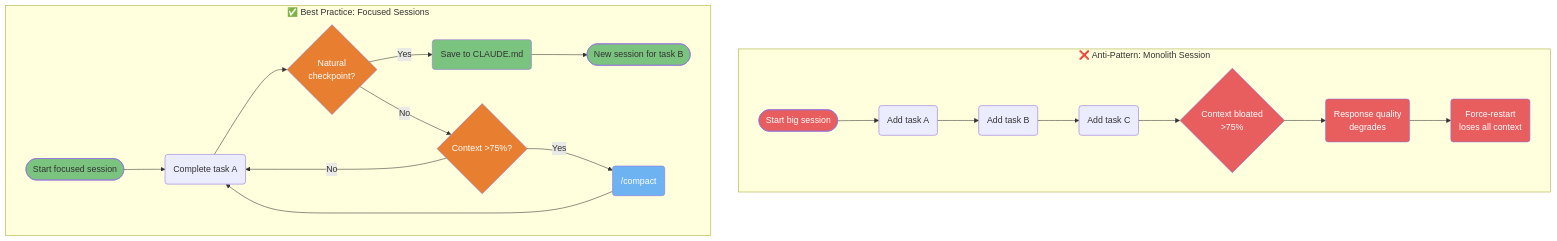
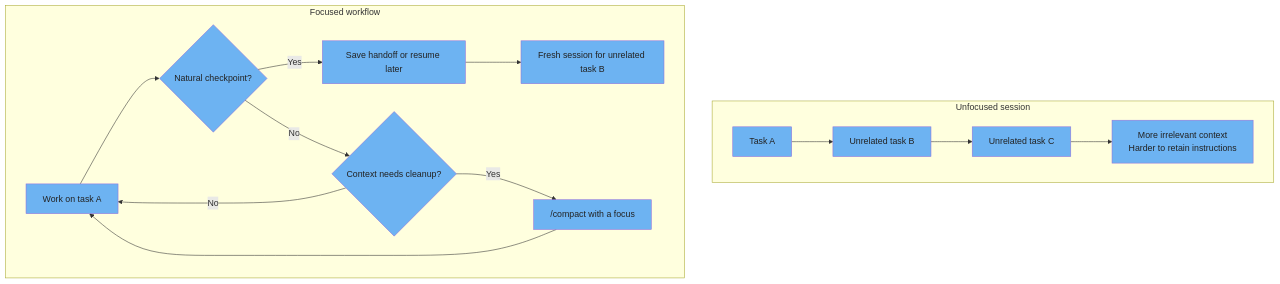
The fourth of 4 diagrams in guide/diagrams/02-context-and-sessions.md (FlorianBruniaux/claude-code-ultimate-guide), drawn with Mermaid before and after one commit. The commit also changed other lines of this file and 17 other files, not shown here.

Commit message:
docs: refresh all diagrams and correct their source guidance

````diff
--- a/guide/diagrams/02-context-and-sessions.md
+++ b/guide/diagrams/02-context-and-sessions.md
@@ -211,47 +161,37 @@
 ```mermaid
 flowchart TD
-    subgraph BAD["❌ Anti-Pattern: Monolith Session"]
-        B1([Start big session]) --> B2(Add task A)
-        B2 --> B3(Add task B)
-        B3 --> B4(Add task C)
-        B4 --> B5{Context bloated<br/>>75%}
-        B5 --> B6(Response quality<br/>degrades)
-        B6 --> B7(Force-restart<br/>loses all context)
-        style B1 fill:#E85D5D,color:#fff
-        style B5 fill:#E85D5D,color:#fff
-        style B6 fill:#E85D5D,color:#fff
-        style B7 fill:#E85D5D,color:#fff
+    subgraph BAD[Unfocused session]
+        B1[Task A] --> B2[Unrelated task B]
+        B2 --> B3[Unrelated task C]
+        B3 --> B4[More irrelevant context<br/>Harder to retain instructions]
     end
-
-    subgraph GOOD["✅ Best Practice: Focused Sessions"]
-        G1([Start focused session]) --> G2(Complete task A)
-        G2 --> G3{Natural<br/>checkpoint?}
-        G3 -->|Yes| G4(Save to CLAUDE.md)
-        G4 --> G5([New session for task B])
-        G3 -->|No| G6{Context >75%?}
-        G6 -->|Yes| G7(/compact)
-        G7 --> G2
-        G6 -->|No| G2
-        style G1 fill:#7BC47F,color:#333
-        style G4 fill:#7BC47F,color:#333
-        style G5 fill:#7BC47F,color:#333
-        style G3 fill:#E87E2F,color:#fff
-        style G6 fill:#E87E2F,color:#fff
-        style G7 fill:#6DB3F2,color:#fff
+    subgraph GOOD[Focused workflow]
+        G1[Work on task A] --> G2{Natural checkpoint?}
+        G2 -->|Yes| G3[Save handoff or resume later]
+        G3 --> G4[Fresh session for unrelated task B]
+        G2 -->|No| G5{Context needs cleanup?}
+        G5 -->|Yes| G6["/compact with a focus"]
+        G6 --> G1
+        G5 -->|No| G1
     end
-
-    click B1 href "https://github.com/FlorianBruniaux/claude-code-ultimate-guide/blob/main/guide/ultimate-guide.md#22-context-management" "Anti-Pattern: Monolith Session"
-    click B2 href "https://github.com/FlorianBruniaux/claude-code-ultimate-guide/blob/main/guide/ultimate-guide.md#22-context-management" "Add task A"
-    click B3 href "https://github.com/FlorianBruniaux/claude-code-ultimate-guide/blob/main/guide/ultimate-guide.md#22-context-management" "Add task B"
-    click B4 href "https://github.com/FlorianBruniaux/claude-code-ultimate-guide/blob/main/guide/ultimate-guide.md#22-context-management" "Add task C"
-    click B5 href "https://github.com/FlorianBruniaux/claude-code-ultimate-guide/blob/main/guide/ultimate-guide.md#22-context-management" "Context bloated >75%"
-    click B6 href "https://github.com/FlorianBruniaux/claude-code-ultimate-guide/blob/main/guide/ultimate-guide.md#22-context-management" "Response quality degrades"
-    click B7 href "https://github.com/FlorianBruniaux/claude-code-ultimate-guide/blob/main/guide/ultimate-guide.md#22-context-management" "Force-restart — loses context"
-    click G1 href "https://github.com/FlorianBruniaux/claude-code-ultimate-guide/blob/main/guide/ultimate-guide.md#22-context-management" "Best Practice: Focused Sessions"
-    click G2 href "https://github.com/FlorianBruniaux/claude-code-ultimate-guide/blob/main/guide/ultimate-guide.md#22-context-management" "Complete task A"
-    click G3 href "https://github.com/FlorianBruniaux/claude-code-ultimate-guide/blob/main/guide/ultimate-guide.md#22-context-management" "Natural checkpoint?"
-    click G4 href "https://github.com/FlorianBruniaux/claude-code-ultimate-guide/blob/main/guide/ultimate-guide.md#31-memory-files-claudemd" "Save to CLAUDE.md"
-    click G5 href "https://github.com/FlorianBruniaux/claude-code-ultimate-guide/blob/main/guide/ultimate-guide.md#22-context-management" "New session for task B"
-    click G6 href "https://github.com/FlorianBruniaux/claude-code-ultimate-guide/blob/main/guide/ultimate-guide.md#22-context-management" "Context >75%?"
-    click G7 href "https://github.com/FlorianBruniaux/claude-code-ultimate-guide/blob/main/guide/ultimate-guide.md#22-context-management" "/compact"
+    style B1 fill:#6DB3F2,color:#222
+    click B1 href "https://github.com/FlorianBruniaux/claude-code-ultimate-guide/blob/main/guide/ultimate-guide.md#22-context-management" "Context management"
+    style B2 fill:#6DB3F2,color:#222
+    click B2 href "https://github.com/FlorianBruniaux/claude-code-ultimate-guide/blob/main/guide/ultimate-guide.md#22-context-management" "Context management"
+    style B3 fill:#6DB3F2,color:#222
+    click B3 href "https://github.com/FlorianBruniaux/claude-code-ultimate-guide/blob/main/guide/ultimate-guide.md#22-context-management" "Context management"
+    style B4 fill:#6DB3F2,color:#222
+    click B4 href "https://github.com/FlorianBruniaux/claude-code-ultimate-guide/blob/main/guide/ultimate-guide.md#22-context-management" "Context management"
+    style G1 fill:#6DB3F2,color:#222
+    click G1 href "https://github.com/FlorianBruniaux/claude-code-ultimate-guide/blob/main/guide/ultimate-guide.md#22-context-management" "Context management"
+    style G2 fill:#6DB3F2,color:#222
+    click G2 href "https://github.com/FlorianBruniaux/claude-code-ultimate-guide/blob/main/guide/ultimate-guide.md#22-context-management" "Context management"
+    style G3 fill:#6DB3F2,color:#222
+    click G3 href "https://github.com/FlorianBruniaux/claude-code-ultimate-guide/blob/main/guide/ultimate-guide.md#22-context-management" "Context management"
+    style G4 fill:#6DB3F2,color:#222
+    click G4 href "https://github.com/FlorianBruniaux/claude-code-ultimate-guide/blob/main/guide/ultimate-guide.md#22-context-management" "Context management"
+    style G5 fill:#6DB3F2,color:#222
+    click G5 href "https://github.com/FlorianBruniaux/claude-code-ultimate-guide/blob/main/guide/ultimate-guide.md#22-context-management" "Context management"
+    style G6 fill:#6DB3F2,color:#222
+    click G6 href "https://github.com/FlorianBruniaux/claude-code-ultimate-guide/blob/main/guide/ultimate-guide.md#22-context-management" "Context management"
 ```
````
